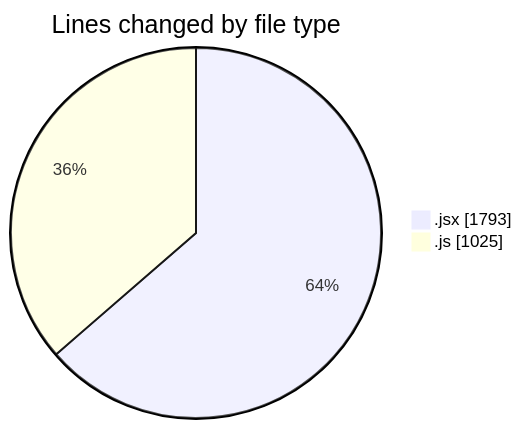
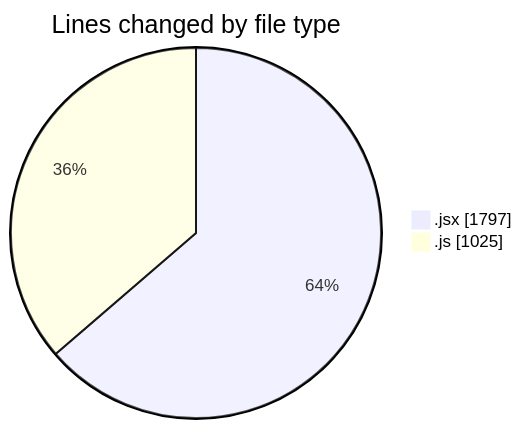
One commit to nxtqubesakshisongat/code-tracking changed the first of 2 diagrams in 2025-08-04/nxtqube_webapp/README.md. Above: the diagram before and after it, drawn with Mermaid. The commit also changed other lines of this file and 1 other file, not shown here.

````diff
--- a/2025-08-04/nxtqube_webapp/README.md
+++ b/2025-08-04/nxtqube_webapp/README.md
@@ -25,6 +25,6 @@
 ```mermaid
 pie showData
 title Lines changed by file type
-".jsx" : 1793
+".jsx" : 1797
 ".js" : 1025
 ```
````
